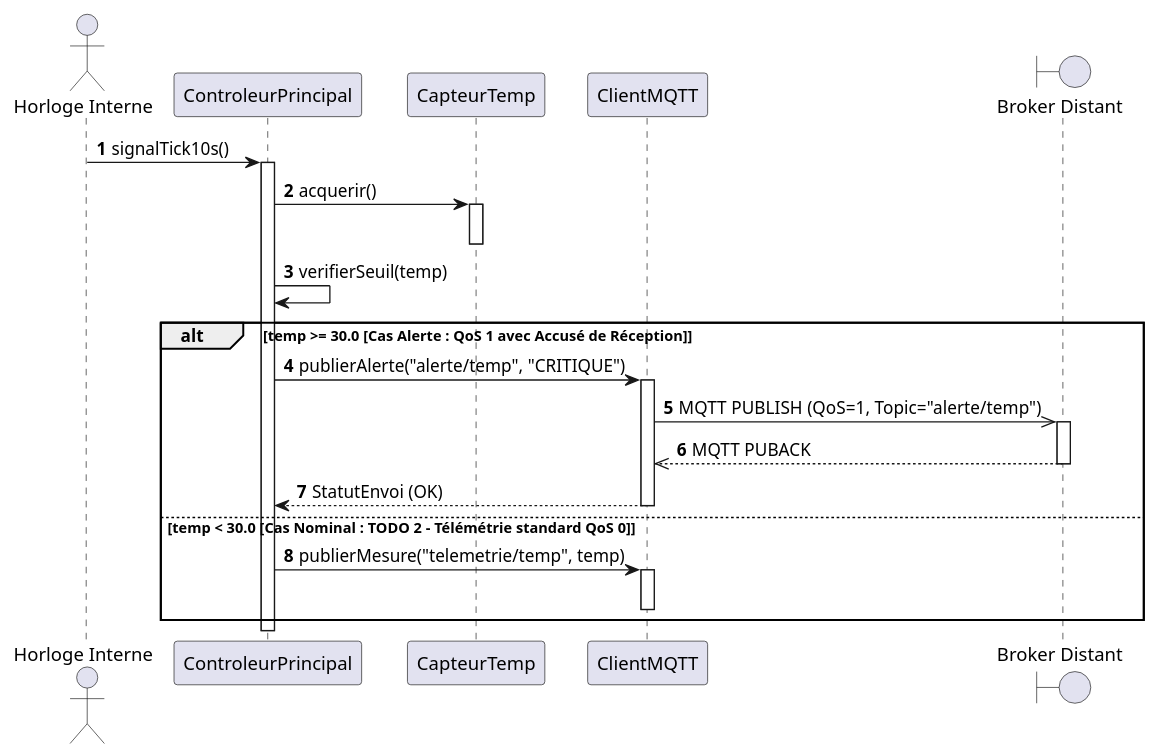
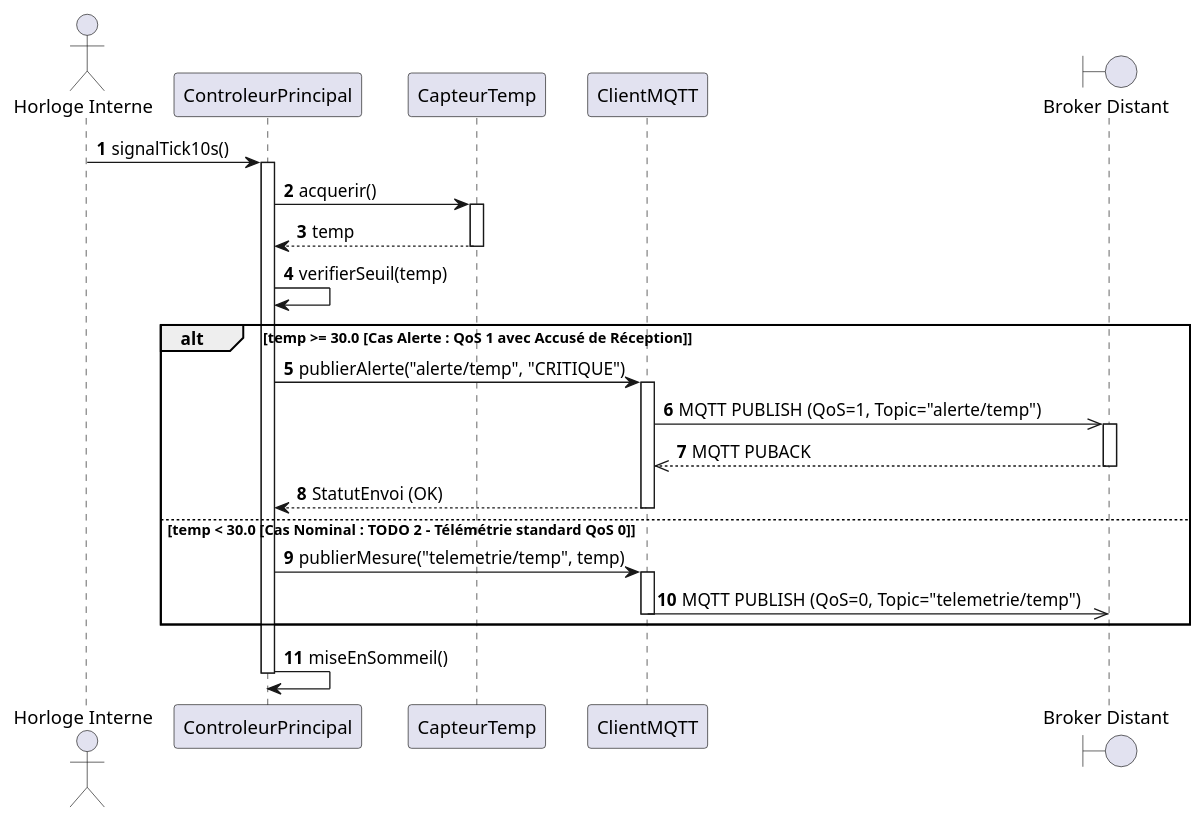
One commit to CIEL2-JR-PROGRAMMATION/uml changed the diagram in tp-exercices/tp3-sequence-supervision-mqtt/sequence_mqtt.puml. Above: the diagram before and after it, drawn with PlantUML. The commit also changed 8 other files, not shown here.

```diff
--- a/tp-exercices/tp3-sequence-supervision-mqtt/sequence_mqtt.puml
+++ b/tp-exercices/tp3-sequence-supervision-mqtt/sequence_mqtt.puml
@@ -1,66 +1,66 @@
 @startuml
 ' TP 3 : Diagramme de Séquence MQTT - BTS CIEL
 autonumber
 skinparam responseMessageBelowArrow true
 
 actor "Horloge Interne" as Timer
 participant "ControleurPrincipal" as Ctrl
 participant "CapteurTemp" as Sonde
 participant "ClientMQTT" as MQTT
 boundary "Broker Distant" as Broker
 
 ' ==============================================================================
 ' 1. DÉBUT DU CYCLE D'ACQUISITION (DÉJÀ FOURNI)
 ' ==============================================================================
 Timer -> Ctrl : signalTick10s()
 activate Ctrl
 
 Ctrl -> Sonde : acquerir()
 activate Sonde
 
 ' ==============================================================================
 ' TODO 1 : Réponse du capteur (Message de retour en pointillés)
 ' La Sonde renvoie la valeur de température mesurée au contrôleur.
 ' Syntaxe générale : Emetteur --> Destinataire : valeur
 ' ------------------------------------------------------------------------------
-' [ÉCRIVEZ LA LIGNE DE RETOUR CI-DESSOUS]
+Sonde --> Ctrl : temp
 
 deactivate Sonde
 
 Ctrl -> Ctrl : verifierSeuil(temp)
 
 ' ==============================================================================
 ' 2. FRAGMENT CONDITIONNEL (ALT / ELSE)
 ' ==============================================================================
 alt temp >= 30.0 [Cas Alerte : QoS 1 avec Accusé de Réception]
     ' Branche Alerte déjà fournie :
     Ctrl -> MQTT : publierAlerte("alerte/temp", "CRITIQUE")
     activate MQTT
     MQTT ->> Broker : MQTT PUBLISH (QoS=1, Topic="alerte/temp")
     activate Broker
     Broker -->> MQTT : MQTT PUBACK
     deactivate Broker
     MQTT --> Ctrl : StatutEnvoi (OK)
     deactivate MQTT
 
 else temp < 30.0 [Cas Nominal : TODO 2 - Télémétrie standard QoS 0]
     ' ==============================================================================
     ' TODO 2 : Message asynchrone sans attente d'accusé de réception
     ' Le client MQTT envoie le message directement au broker avec flèche ouverte (->>)
     ' Syntaxe générale : Emetteur ->> Destinataire : message(parametres)
     ' ------------------------------------------------------------------------------
     Ctrl -> MQTT : publierMesure("telemetrie/temp", temp)
     activate MQTT
-    ' [ÉCRIVEZ CI-DESSOUS L'ENVOI DU PAQUET VERS LE BROKER (->>)]
+    MQTT ->> Broker : MQTT PUBLISH (QoS=0, Topic="telemetrie/temp")
     
     deactivate MQTT
 end
 
 ' ==============================================================================
 ' TODO 3 : Fin de cycle et mise en veille du microcontrôleur
 ' Appelez la méthode interne "miseEnSommeil()" sur Ctrl, puis désactivez sa ligne de vie.
 ' ------------------------------------------------------------------------------
-' [ÉCRIVEZ LES 2 LIGNES CI-DESSOUS]
-
+Ctrl -> Ctrl : miseEnSommeil()
+deactivate Ctrl
 
 @enduml
```
